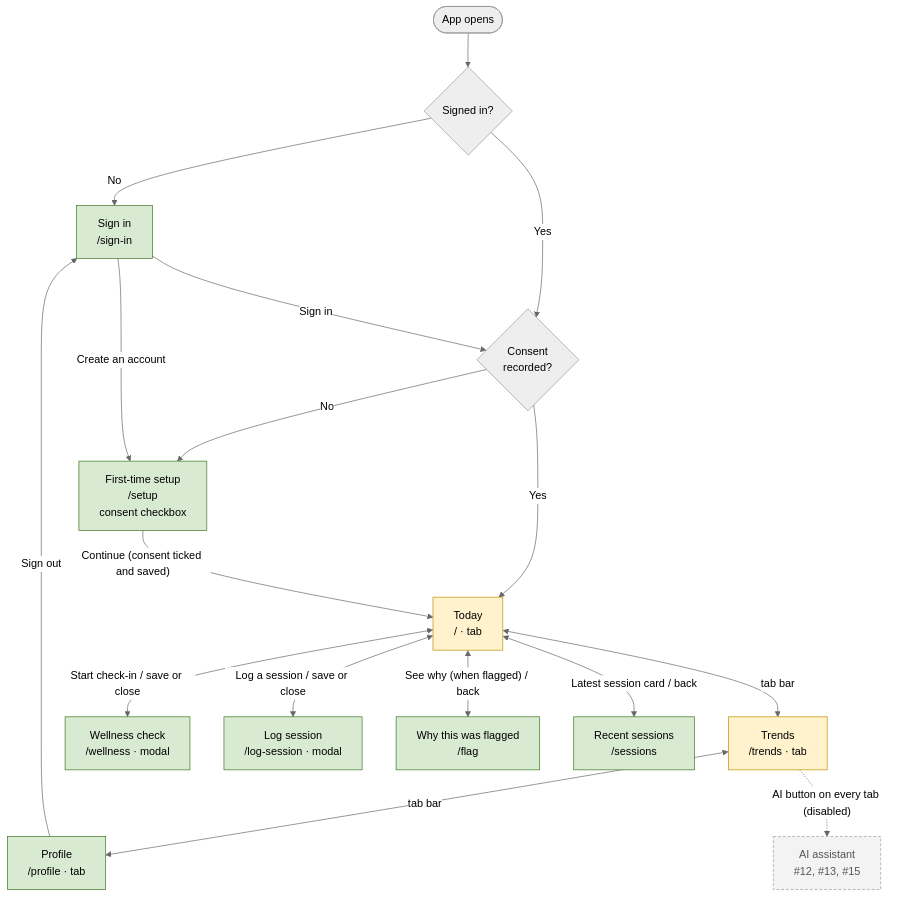
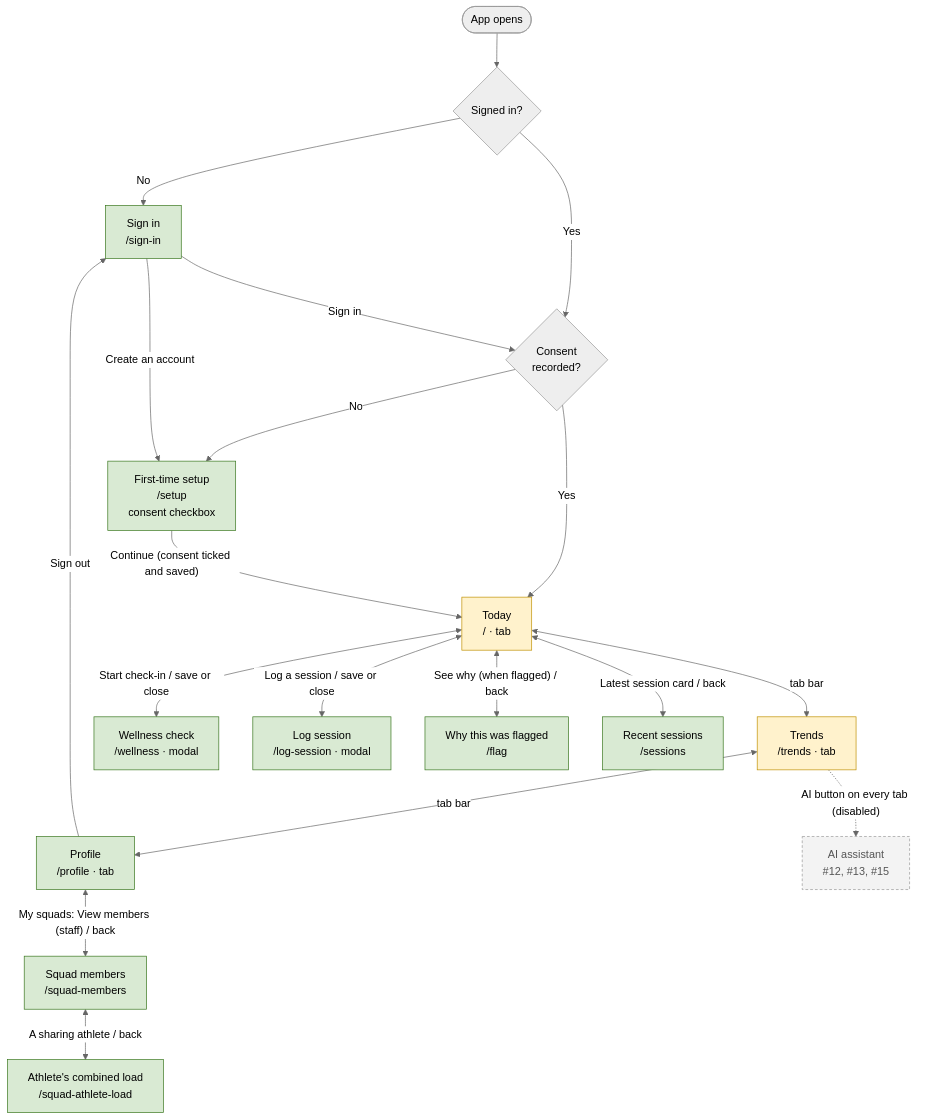
Before and after one commit to peterbryson/LoadWise: the first of 2 diagrams in docs/design/navigation-map.md, drawn with Mermaid (neutral theme). The commit also changed other lines of this file, not shown here.

Commit message:
docs(design): squad members and athlete load in the navigation map (#2, #8)

````diff
--- a/docs/design/navigation-map.md
+++ b/docs/design/navigation-map.md
@@ -13,31 +13,33 @@
 ```mermaid
 flowchart TD
   start([App opens]) --> auth{Signed in?}
   auth -- No --> signin[Sign in<br/>/sign-in]
   auth -- Yes --> consent{Consent<br/>recorded?}
   consent -- Yes --> today
   consent -- No --> setup
   signin -- "Create an account" --> setup[First-time setup<br/>/setup<br/>consent checkbox]
   setup -- "Continue (consent ticked and saved)" --> today
   signin -- "Sign in" --> consent
 
   today[Today<br/>/ · tab]
   trends[Trends<br/>/trends · tab]
   profile[Profile<br/>/profile · tab]
   today <-- "tab bar" --> trends
   trends <-- "tab bar" --> profile
 
   today <-- "Start check-in / save or close" --> wellness[Wellness check<br/>/wellness · modal]
   today <-- "Log a session / save or close" --> logsession[Log session<br/>/log-session · modal]
   today <-- "See why (when flagged) / back" --> flag[Why this was flagged<br/>/flag]
   today <-- "Latest session card / back" --> history[Recent sessions<br/>/sessions]
   trends -.->|"AI button on every tab (disabled)"| ai[AI assistant<br/>#12, #13, #15]:::planned
 
   profile -- "Sign out" --> signin
+  profile <-- "My squads: View members (staff) / back" --> members[Squad members<br/>/squad-members]
+  members <-- "A sharing athlete / back" --> athleteload[Athlete's combined load<br/>/squad-athlete-load]
 
-  class signin,setup,profile,wellness,logsession,history,flag real
+  class signin,setup,profile,wellness,logsession,history,flag,members,athleteload real
   class today,trends preview
   classDef real fill:#d9ead3,stroke:#38761d,color:#000
   classDef preview fill:#fff2cc,stroke:#bf9000,color:#000
   classDef planned fill:#f3f3f3,stroke:#999,stroke-dasharray:4 3,color:#555
 ```
````
